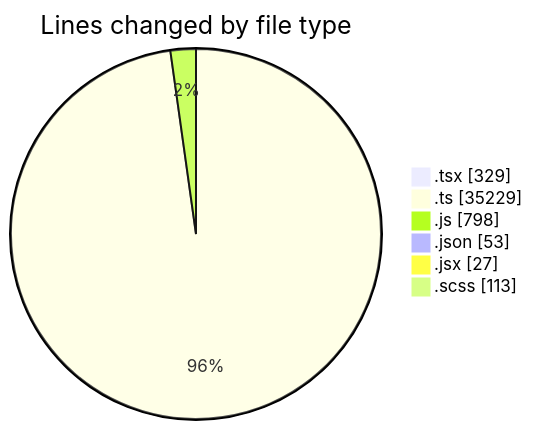
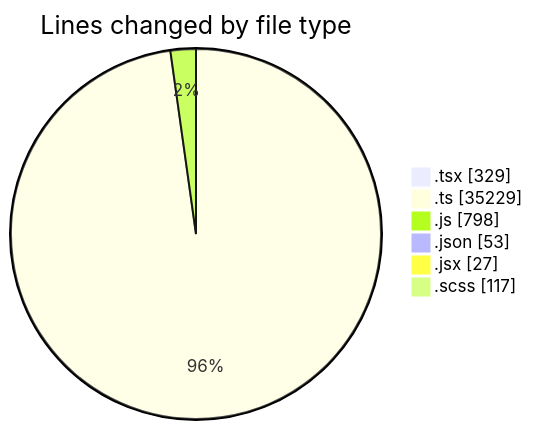
The first of 2 diagrams in 2025-12-17/cda/README.md (momahboobian/code-tracking), drawn with Mermaid before and after one commit. The commit also changed other lines of this file and 1 other file, not shown here.

````diff
--- a/2025-12-17/cda/README.md
+++ b/2025-12-17/cda/README.md
@@ -43,10 +43,10 @@
 ```mermaid
 pie showData
 title Lines changed by file type
 ".tsx" : 329
 ".ts" : 35229
 ".js" : 798
 ".json" : 53
 ".jsx" : 27
-".scss" : 113
+".scss" : 117
 ```
````
